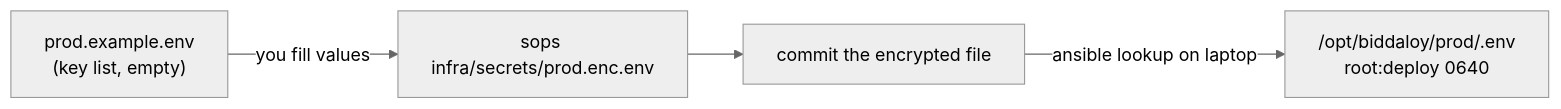
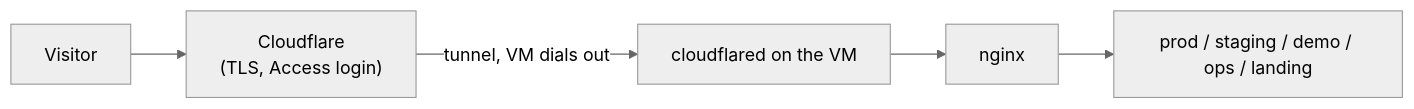
Before and after one commit to tareq89/biddaloy: the third of 8 diagrams in docs/architecture/28-platform-runbook.md, drawn with Mermaid (neutral theme). The commit also changed other lines of this file and 1 other file, not shown here.

````diff
--- a/docs/architecture/28-platform-runbook.md
+++ b/docs/architecture/28-platform-runbook.md
@@ -124,6 +231,7 @@
 ```mermaid
 flowchart LR
-  EX["prod.example.env<br/>(key list, empty)"] -->|"you fill values"| ED["sops infra/secrets/prod.enc.env"]
-  ED --> GIT["commit the encrypted file"]
-  GIT -->|"ansible lookup on laptop"| H["/opt/biddaloy/prod/.env<br/>root:deploy 0640"]
+  V["Visitor"] --> CF["Cloudflare<br/>(TLS, Access login)"]
+  CF -->|"tunnel, VM dials out"| C["cloudflared on the VM"]
+  C --> N["nginx"]
+  N --> A["prod / staging / demo / ops / landing"]
 ```
````
